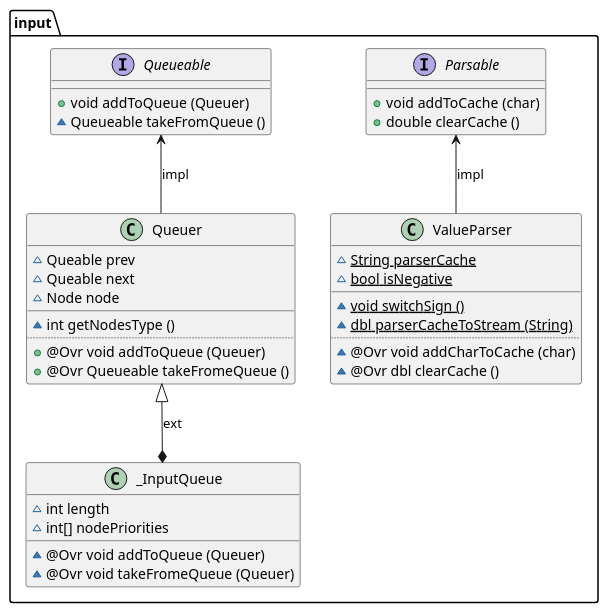
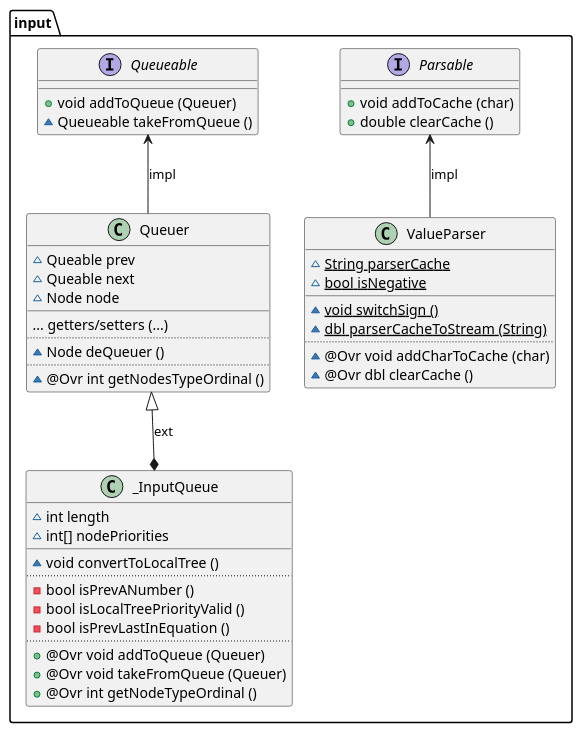
One commit to vitalispopoff/calculator changed the diagram in src/main/resources/package_input_structure.puml. Above: the diagram before and after it, drawn with PlantUML. The commit also changed 20 other files, not shown here.

Commit message:
basic local tree constructor available

```diff
--- a/src/main/resources/package_input_structure.puml
+++ b/src/main/resources/package_input_structure.puml
@@ -1,49 +1,60 @@
 @startuml
 
 package input{
 
     interface Parsable{
-            + {method} void addToCache (char)
-            + {method} double clearCache ()
+            +  {method} void addToCache (char)
+            +  {method} double clearCache ()
     }
 
     class ValueParser{
-            ~ {field} {static} String parserCache
-            ~ {field} {static} bool isNegative
+            ~   {field}  {static} String parserCache
+            ~   {field}  {static} bool isNegative
         __
-            ~ {method} {static} void switchSign ()
-            ~ {method} {static} dbl parserCacheToStream (String)
+            ~   {method} {static} void switchSign ()
+            ~   {method} {static} dbl parserCacheToStream (String)
         ..
-            ~ {method} @Ovr void addCharToCache (char)
-            ~ {method} @Ovr dbl clearCache ()
+            ~   {method} @Ovr void addCharToCache (char)
+            ~   {method} @Ovr dbl clearCache ()
     }
 
     interface Queueable{
-            + {method} void addToQueue (Queuer)
-            ~ {method} Queueable takeFromQueue ()
+            +   {method} void addToQueue (Queuer)
+            ~   {method} Queueable takeFromQueue ()
     }
 
     class _InputQueue{
-            ~ {field} int length
-            ~ {field} int[] nodePriorities
+            ~   {field}  int length
+            ~   {field}  int[] nodePriorities
         __
-            ~ {method} @Ovr void addToQueue (Queuer)
-            ~ {method} @Ovr void takeFromeQueue (Queuer)
+'            ~   {method} dbl solveEquation ()
+            ~   {method} void convertToLocalTree ()
+        ..
+            -   {method} bool isPrevANumber ()
+            -   {method} bool isLocalTreePriorityValid ()
+            -   {method} bool isPrevLastInEquation ()
+        ..
+            +   {method} @Ovr void addToQueue (Queuer)
+            +   {method} @Ovr void takeFromQueue (Queuer)
+            +   {method} @Ovr int getNodeTypeOrdinal ()
     }
 
     class Queuer{
-            ~ {field} Queable prev
-            ~ {field} Queable next
-            ~ {field} Node node
+            ~   {field}  Queable prev
+            ~   {field}  Queable next
+            ~   {field}  Node node
         __
-            ~ {method} int getNodesType ()
+                {method} ... getters/setters (...)
         ..
-            + {method} @Ovr void addToQueue (Queuer)
-            + {method} @Ovr Queueable takeFromeQueue ()
+            ~   {method} Node deQueuer ()
+        ..
+            ~   {method} @Ovr int getNodesTypeOrdinal ()
+'            +   {method} @Ovr void addToQueue (Queuer)
+'            +   {method} @Ovr Queueable takeFromeQueue ()
     }
 
     Parsable        <--     ValueParser     : impl
     Queuer          <|--*   _InputQueue     : ext
     Queueable       <--     Queuer          : impl
 
 @enduml
```
